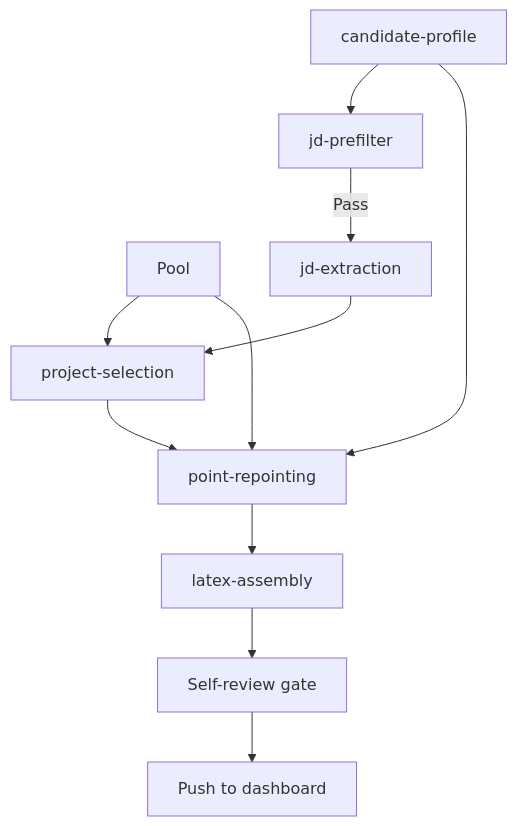
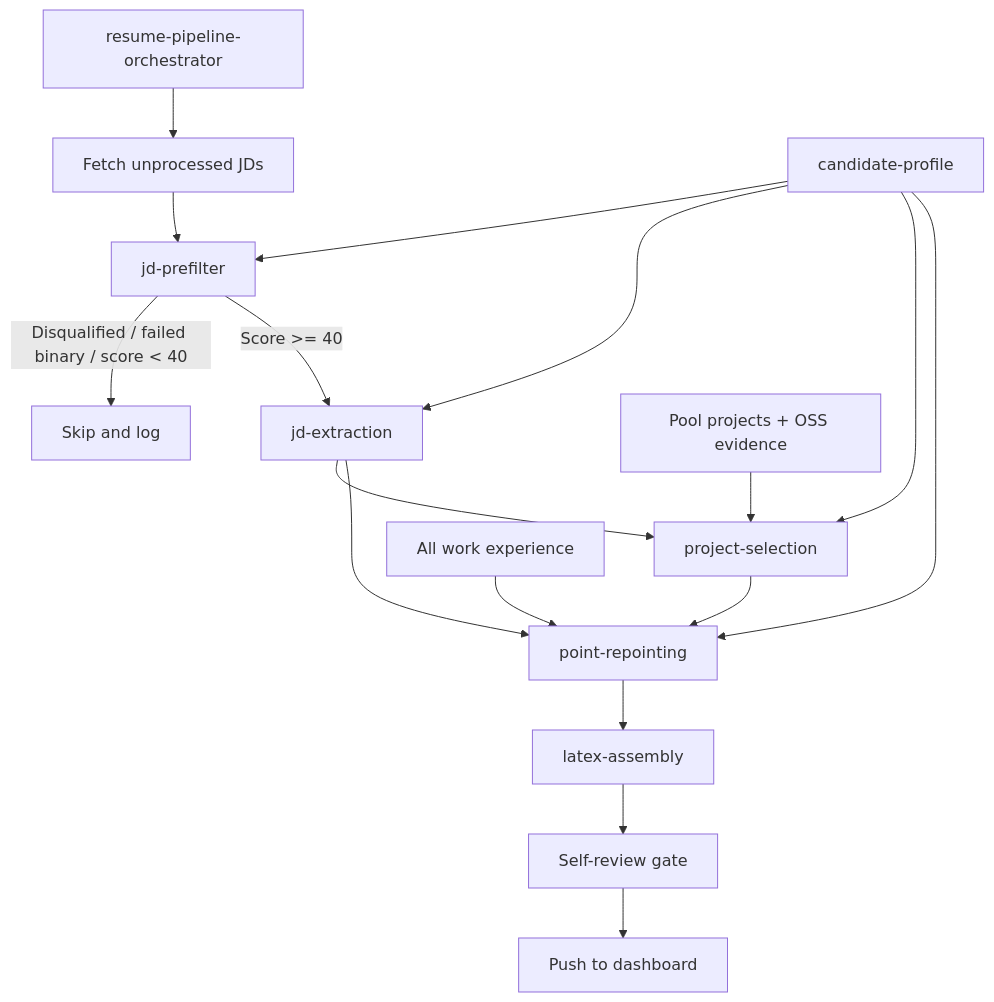
One commit to Aryan1718/hermes-autonomous-resume changed the diagram in docs-site/docs/pipeline/overview.md. Above: the diagram before and after it, drawn with Mermaid. The commit also changed other lines of this file and 24 other files, not shown here.

Commit message:
docs: align pipeline docs with orchestrator runtime contract

````diff
--- a/docs-site/docs/pipeline/overview.md
+++ b/docs-site/docs/pipeline/overview.md
@@ -12,13 +14,19 @@
 ```mermaid
 flowchart TD
-  A[candidate-profile] --> B[jd-prefilter]
-  C[Pool] --> D[project-selection]
-  B -->|Pass| E[jd-extraction]
-  E --> D
-  D --> F[point-repointing]
-  A --> F
-  C --> F
-  F --> G[latex-assembly]
-  G --> H[Self-review gate]
-  H --> I[Push to dashboard]
+  O[resume-pipeline-orchestrator] --> A[Fetch unprocessed JDs]
+  P[candidate-profile] --> B[jd-prefilter]
+  A --> B
+  B -->|Disqualified / failed binary / score < 40| C[Skip and log]
+  B -->|Score >= 40| D[jd-extraction]
+  P --> D
+  E[Pool projects + OSS evidence] --> F[project-selection]
+  D --> F
+  P --> F
+  P --> G[point-repointing]
+  D --> G
+  F --> G
+  H[All work experience] --> G
+  G --> I[latex-assembly]
+  I --> J[Self-review gate]
+  J --> K[Push to dashboard]
 ```
````
